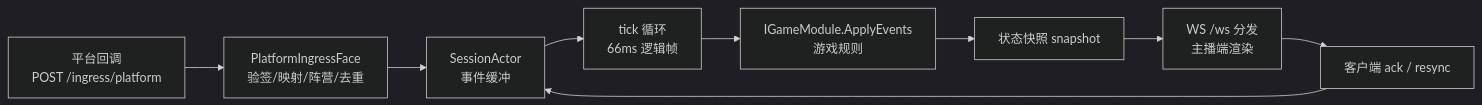
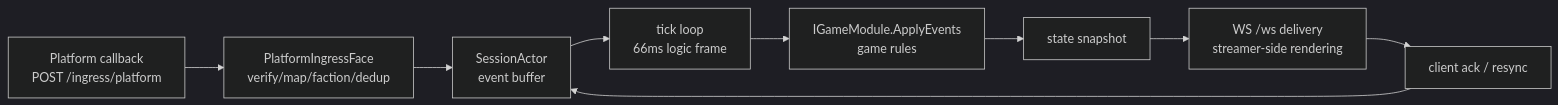
Before and after one commit to cuihairu/chorus: the diagram in docs/architecture.md, drawn with Mermaid (dark theme). The commit also changed other lines of this file and 9 other files, not shown here.

````diff
--- a/docs/architecture.md
+++ b/docs/architecture.md
@@ -30,11 +33,11 @@
 ```mermaid
 flowchart LR
-    A[平台回调<br/>POST /ingress/platform] --> B[PlatformIngressFace<br/>验签/映射/阵营/去重]
-    B --> C[SessionActor<br/>事件缓冲]
-    C --> D[tick 循环<br/>66ms 逻辑帧]
-    D --> E[IGameModule.ApplyEvents<br/>游戏规则]
-    E --> F[状态快照 snapshot]
-    F --> G[WS /ws 分发<br/>主播端渲染]
-    G --> H[客户端 ack / resync]
+    A[Platform callback<br/>POST /ingress/platform] --> B[PlatformIngressFace<br/>verify/map/faction/dedup]
+    B --> C[SessionActor<br/>event buffer]
+    C --> D[tick loop<br/>66ms logic frame]
+    D --> E[IGameModule.ApplyEvents<br/>game rules]
+    E --> F[state snapshot]
+    F --> G[WS /ws delivery<br/>streamer-side rendering]
+    G --> H[client ack / resync]
     H --> C
 ```
````
